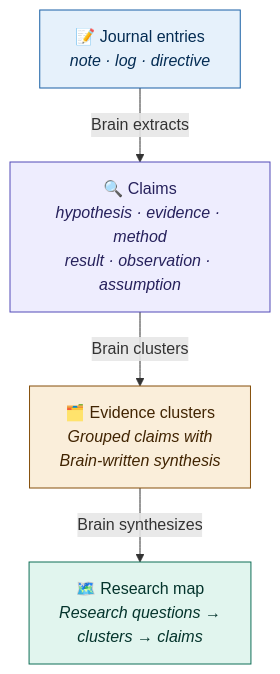
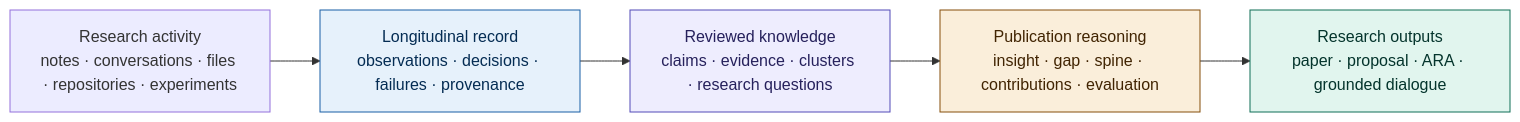
Before and after one commit to infinitywings/rka: the first of 2 diagrams in README.md, drawn with Mermaid. The commit also changed other lines of this file and 2 other files, not shown here.

Commit message:
docs: refocus README on research workflow (#66)

````diff
--- a/README.md
+++ b/README.md
@@ -88,16 +31,15 @@
 ```mermaid
-graph TD
-    Entry["📝 Journal entries<br/><i>note · log · directive</i>"]
-    Claims["🔍 Claims<br/><i>hypothesis · evidence · method<br/>result · observation · assumption</i>"]
-    Clusters["🗂️ Evidence clusters<br/><i>Grouped claims with<br/>Brain-written synthesis</i>"]
-    Map["🗺️ Research map<br/><i>Research questions →<br/>clusters → claims</i>"]
+flowchart LR
+    Inputs["Research activity<br/>notes · conversations · files · repositories · experiments"]
+    Record["Longitudinal record<br/>observations · decisions · failures · provenance"]
+    Knowledge["Reviewed knowledge<br/>claims · evidence · clusters · research questions"]
+    Spine["Publication reasoning<br/>insight · gap · spine · contributions · evaluation"]
+    Outputs["Research outputs<br/>paper · proposal · ARA · grounded dialogue"]
 
-    Entry -->|"Brain extracts"| Claims
-    Claims -->|"Brain clusters"| Clusters
-    Clusters -->|"Brain synthesizes"| Map
+    Inputs --> Record --> Knowledge --> Spine --> Outputs
 
-    style Entry fill:#E6F1FB,stroke:#185FA5,color:#042C53
-    style Claims fill:#EEEDFE,stroke:#534AB7,color:#26215C
-    style Clusters fill:#FAEEDA,stroke:#854F0B,color:#412402
-    style Map fill:#E1F5EE,stroke:#0F6E56,color:#04342C
+    style Record fill:#E6F1FB,stroke:#185FA5,color:#042C53
+    style Knowledge fill:#EEEDFE,stroke:#534AB7,color:#26215C
+    style Spine fill:#FAEEDA,stroke:#854F0B,color:#412402
+    style Outputs fill:#E1F5EE,stroke:#0F6E56,color:#04342C
 ```
````
